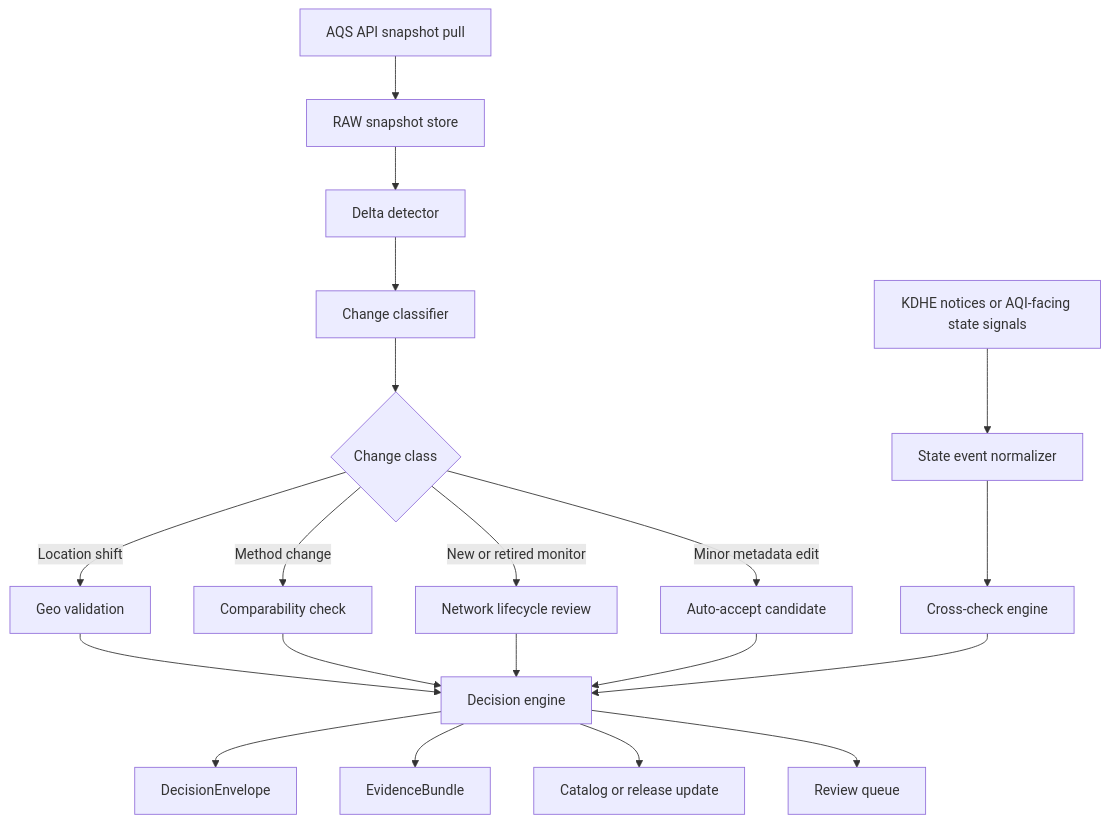
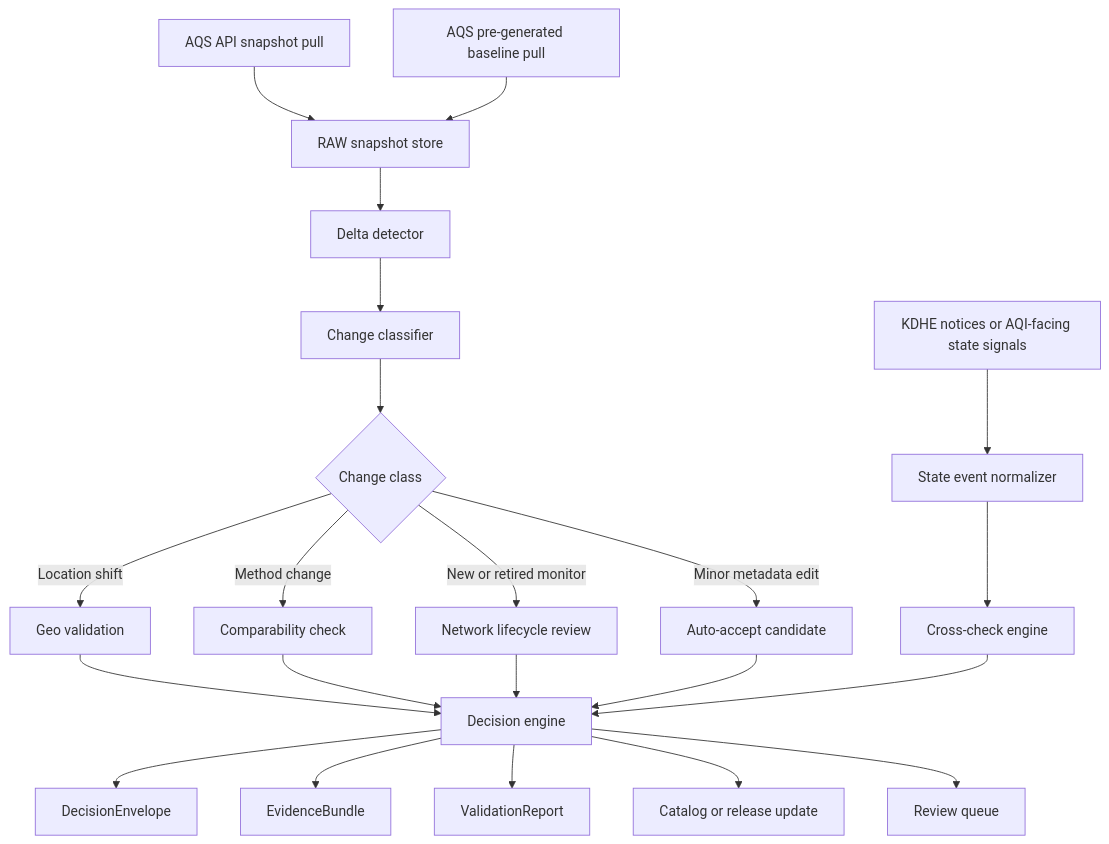
Before and after one commit to bartytime4life/Kansas-Frontier-Matrix: the first of 2 diagrams in docs/domains/atmosphere/aqs-delta-pipeline.md, drawn with Mermaid. The commit also changed other lines of this file, not shown here.

First line of the commit message:
Revise AQS Delta Pipeline specification with updates

````diff
--- a/docs/domains/atmosphere/aqs-delta-pipeline.md
+++ b/docs/domains/atmosphere/aqs-delta-pipeline.md
@@ -111,26 +171,28 @@
 ```mermaid
 flowchart TD
     A[AQS API snapshot pull] --> B[RAW snapshot store]
+    A2[AQS pre-generated baseline pull] --> B
     B --> C[Delta detector]
     C --> D[Change classifier]
 
     D --> E{Change class}
     E -->|Location shift| F[Geo validation]
     E -->|Method change| G[Comparability check]
     E -->|New or retired monitor| H[Network lifecycle review]
     E -->|Minor metadata edit| I[Auto-accept candidate]
 
     F --> J[Decision engine]
     G --> J
     H --> J
     I --> J
 
     K[KDHE notices or AQI-facing state signals] --> L[State event normalizer]
     L --> M[Cross-check engine]
     M --> J
 
     J --> N[DecisionEnvelope]
     J --> O[EvidenceBundle]
-    J --> P[Catalog or release update]
-    J --> Q[Review queue]
+    J --> P[ValidationReport]
+    J --> Q[Catalog or release update]
+    J --> R[Review queue]
 ```
````
